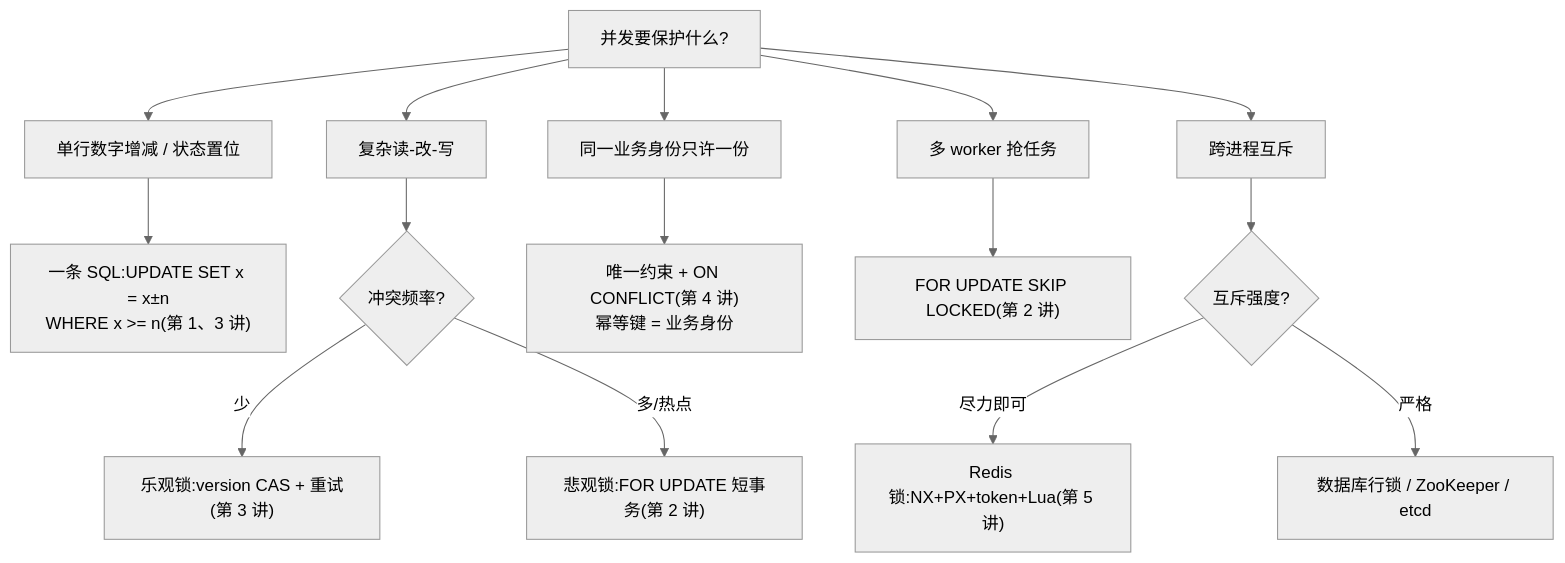
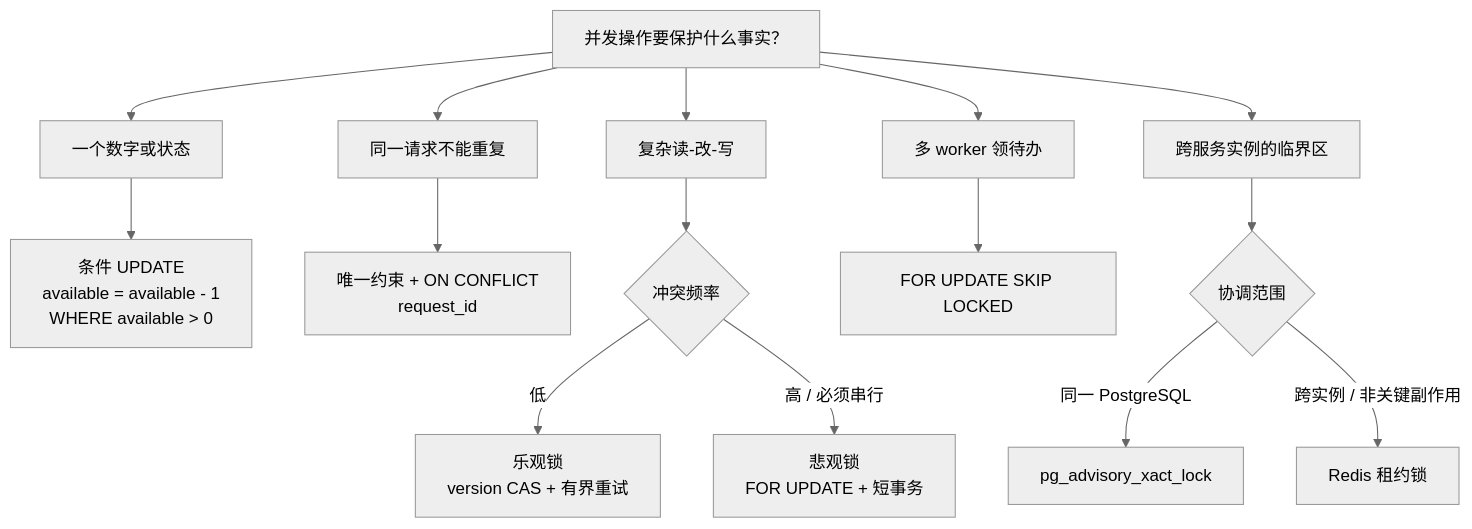
The first of 2 diagrams in 锁教程/概念地图.md (tianshiyang/ai-lab), drawn with Mermaid (neutral theme) before and after one commit. The commit also changed other lines of this file and 7 other files, not shown here.

````diff
--- a/锁教程/概念地图.md
+++ b/锁教程/概念地图.md
@@ -7,23 +3,19 @@
 ```mermaid
 flowchart TD
-    Q["并发要保护什么?"]
-    Q --> A["单行数字增减 / 状态置位"]
-    Q --> B["复杂读-改-写"]
-    Q --> C["同一业务身份只许一份"]
-    Q --> D["多 worker 抢任务"]
-    Q --> E["跨进程互斥"]
+    Q[并发操作要保护什么事实？]
+    Q --> A[一个数字或状态]
+    Q --> B[同一请求不能重复]
+    Q --> C[复杂读-改-写]
+    Q --> D[多 worker 领待办]
+    Q --> E[跨服务实例的临界区]
 
-    A --> A1["一条 SQL:UPDATE SET x = x±n<br/>WHERE x >= n(第 1、3 讲)"]
-
-    B --> B1{"冲突频率?"}
-    B1 -->|少| B2["乐观锁:version CAS + 重试(第 3 讲)"]
-    B1 -->|多/热点| B3["悲观锁:FOR UPDATE 短事务(第 2 讲)"]
-
-    C --> C1["唯一约束 + ON CONFLICT(第 4 讲)<br/>幂等键 = 业务身份"]
-
-    D --> D1["FOR UPDATE SKIP LOCKED(第 2 讲)"]
-
-    E --> E1{"互斥强度?"}
-    E1 -->|尽力即可| E2["Redis 锁:NX+PX+token+Lua(第 5 讲)"]
-    E1 -->|严格| E3["数据库行锁 / ZooKeeper / etcd"]
+    A --> A1[条件 UPDATE<br/>available = available - 1<br/>WHERE available > 0]
+    B --> B1[唯一约束 + ON CONFLICT<br/>request_id]
+    C --> C1{冲突频率}
+    C1 -->|低| C2[乐观锁<br/>version CAS + 有界重试]
+    C1 -->|高 / 必须串行| C3[悲观锁<br/>FOR UPDATE + 短事务]
+    D --> D1[FOR UPDATE SKIP LOCKED]
+    E --> E1{协调范围}
+    E1 -->|同一 PostgreSQL| E2[pg_advisory_xact_lock]
+    E1 -->|跨实例 / 非关键副作用| E3[Redis 租约锁]
 ```
````
